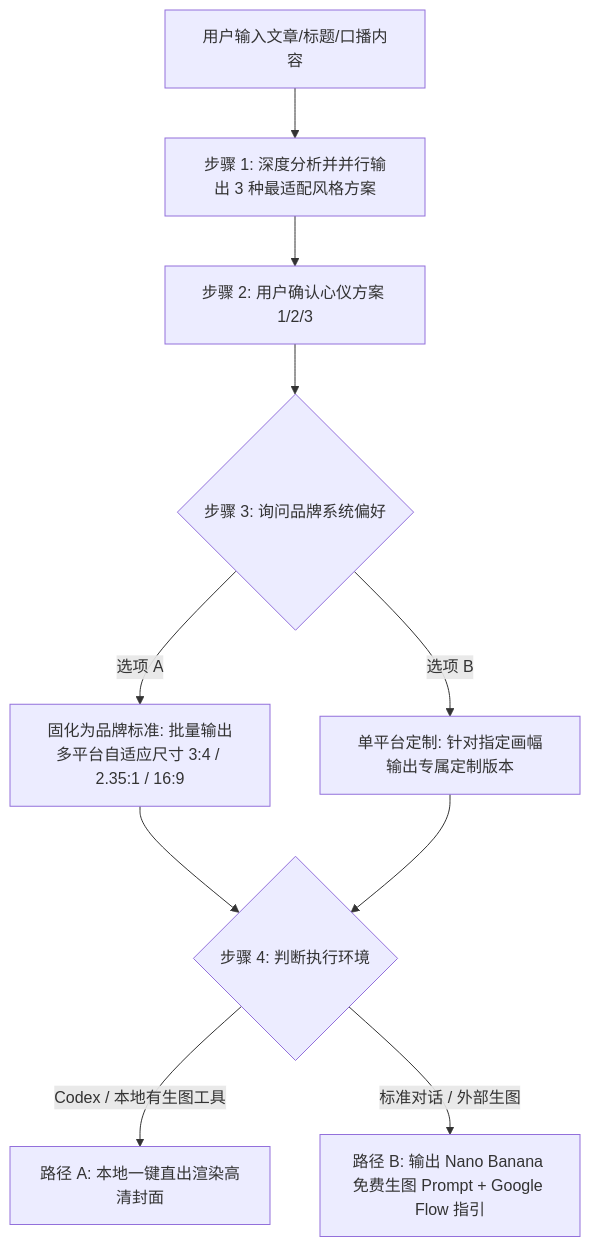
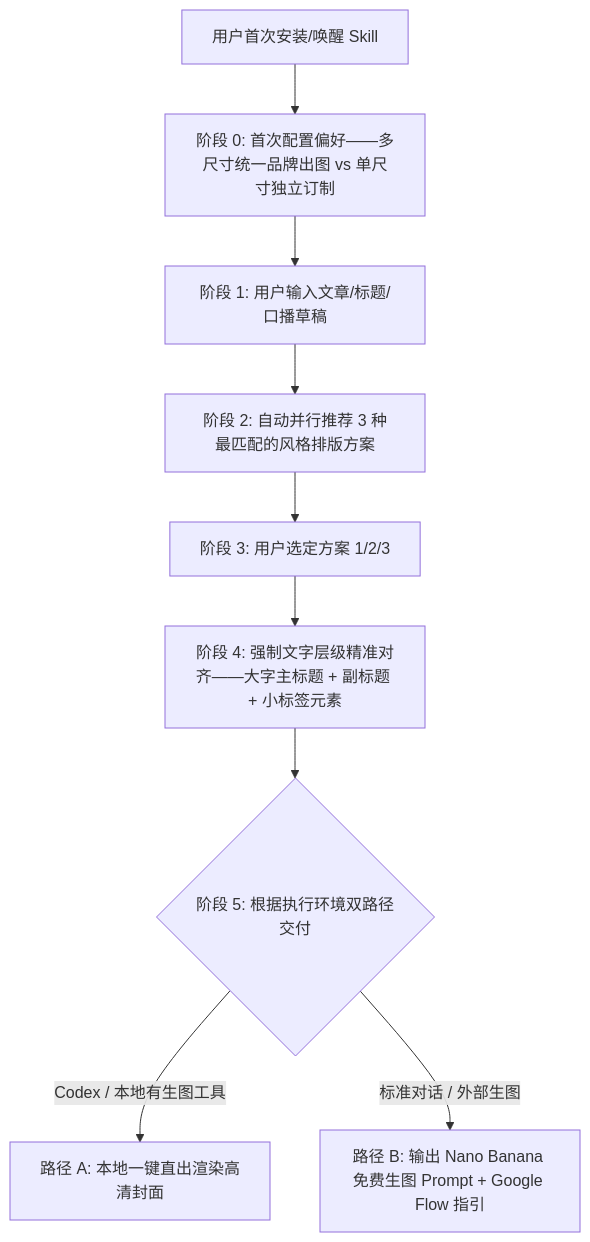
The diagram in skills/cover-studio/SKILL.md (kaomei/cover-studio), drawn with Mermaid before and after one commit. The commit also changed other lines of this file and 8 other files, not shown here.

````diff
--- a/skills/cover-studio/SKILL.md
+++ b/skills/cover-studio/SKILL.md
@@ -14,12 +14,11 @@
 ```mermaid
 flowchart TD
-    A[用户输入文章/标题/口播内容] --> B[步骤 1: 深度分析并并行输出 3 种最适配风格方案]
-    B --> C[步骤 2: 用户确认心仪方案 1/2/3]
-    C --> D{步骤 3: 询问品牌系统偏好}
-    D -->|选项 A| E[固化为品牌标准: 批量输出多平台自适应尺寸 3:4 / 2.35:1 / 16:9]
-    D -->|选项 B| F[单平台定制: 针对指定画幅输出专属定制版本]
-    E --> G{步骤 4: 判断执行环境}
-    F --> G
+    A[用户首次安装/唤醒 Skill] --> B[阶段 0: 首次配置偏好——多尺寸统一品牌出图 vs 单尺寸独立订制]
+    B --> C[阶段 1: 用户输入文章/标题/口播草稿]
+    C --> D[阶段 2: 自动并行推荐 3 种最匹配的风格排版方案]
+    D --> E[阶段 3: 用户选定方案 1/2/3]
+    E --> F[阶段 4: 强制文字层级精准对齐——大字主标题 + 副标题 + 小标签元素]
+    F --> G{阶段 5: 根据执行环境双路径交付}
     G -->|Codex / 本地有生图工具| H[路径 A: 本地一键直出渲染高清封面]
     G -->|标准对话 / 外部生图| I[路径 B: 输出 Nano Banana 免费生图 Prompt + Google Flow 指引]
 ```
````
